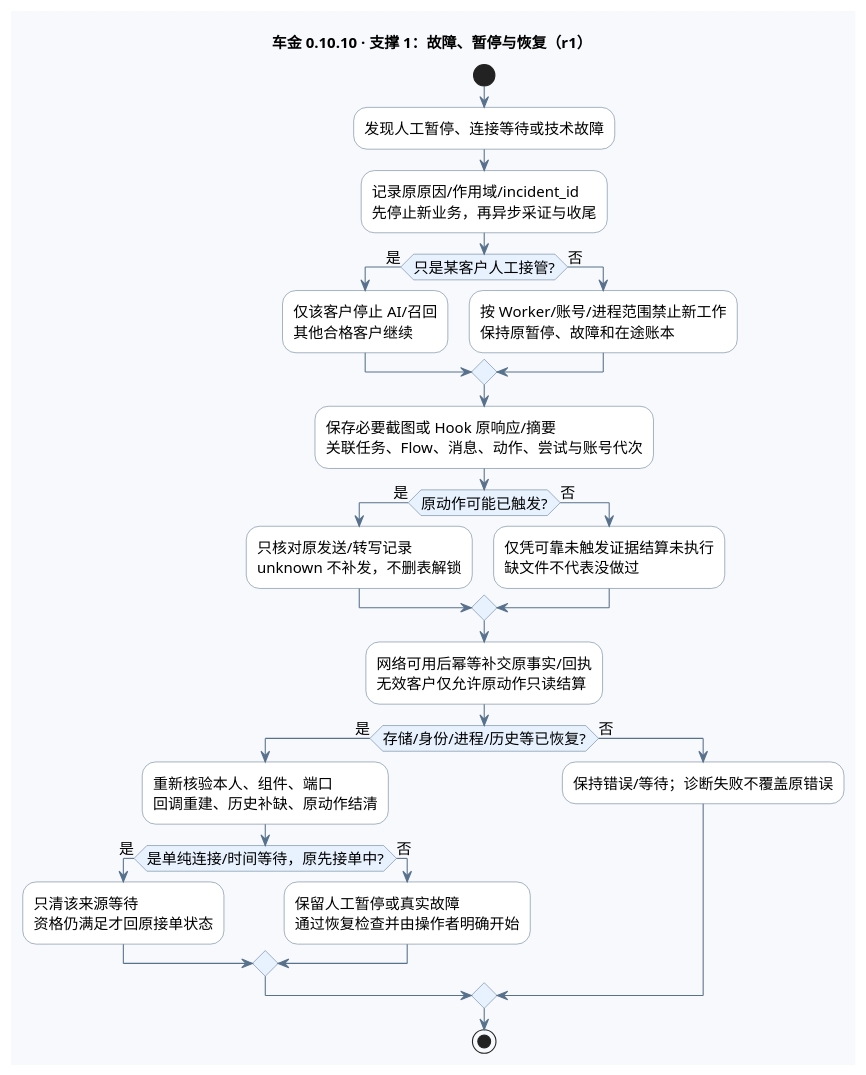
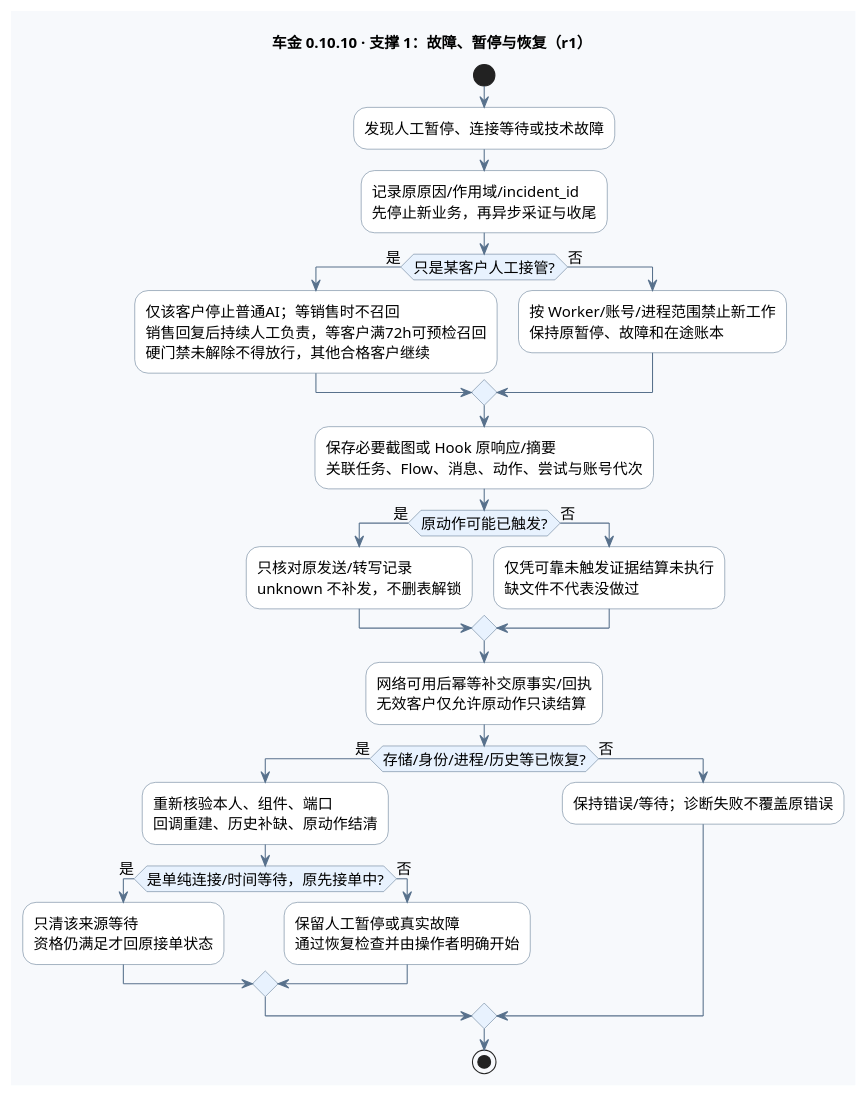
The second of 6 diagrams in deliverables/AI智能客服售前跟进系统_全流程图_v0.10.10.puml (edwardzhang0304/chejin-ai-sales), drawn with PlantUML before and after one commit. The commit also changed other lines of this file and 26 other files, not shown here.

```diff
--- a/deliverables/AI智能客服售前跟进系统_全流程图_v0.10.10.puml
+++ b/deliverables/AI智能客服售前跟进系统_全流程图_v0.10.10.puml
@@ -218,51 +245,52 @@
 @startuml fault
 !pragma layout smetana
 skinparam defaultFontName "PingFang SC"
 skinparam defaultFontSize 14
 skinparam backgroundColor #F7F9FC
 skinparam shadowing false
 skinparam activityBackgroundColor #FFFFFF
 skinparam activityBorderColor #58718C
 skinparam activityDiamondBackgroundColor #E8F2FE
 skinparam activityDiamondBorderColor #58718C
 skinparam ArrowColor #58718C
 skinparam noteBackgroundColor #FFF4D9
 skinparam noteBorderColor #CDA556
 title 车金 0.10.10 · 支撑 1：故障、暂停与恢复（r1）
 start
 :发现人工暂停、连接等待或技术故障;
 :记录原原因/作用域/incident_id
 先停止新业务，再异步采证与收尾;
 if (只是某客户人工接管?) then (是)
-  :仅该客户停止 AI/召回
-其他合格客户继续;
+  :仅该客户停止普通AI；等销售时不召回
+销售回复后持续人工负责，等客户满72h可预检召回
+硬门禁未解除不得放行，其他合格客户继续;
 else (否)
   :按 Worker/账号/进程范围禁止新工作
 保持原暂停、故障和在途账本;
 endif
 :保存必要截图或 Hook 原响应/摘要
 关联任务、Flow、消息、动作、尝试与账号代次;
 if (原动作可能已触发?) then (是)
   :只核对原发送/转写记录
 unknown 不补发，不删表解锁;
 else (否)
   :仅凭可靠未触发证据结算未执行
 缺文件不代表没做过;
 endif
 :网络可用后幂等补交原事实/回执
 无效客户仅允许原动作只读结算;
 if (存储/身份/进程/历史等已恢复?) then (是)
   :重新核验本人、组件、端口
 回调重建、历史补缺、原动作结清;
   if (是单纯连接/时间等待，原先接单中?) then (是)
     :只清该来源等待
 资格仍满足才回原接单状态;
   else (否)
     :保留人工暂停或真实故障
 通过恢复检查并由操作者明确开始;
   endif
 else (否)
   :保持错误/等待；诊断失败不覆盖原错误;
 endif
 stop
 @enduml
```
